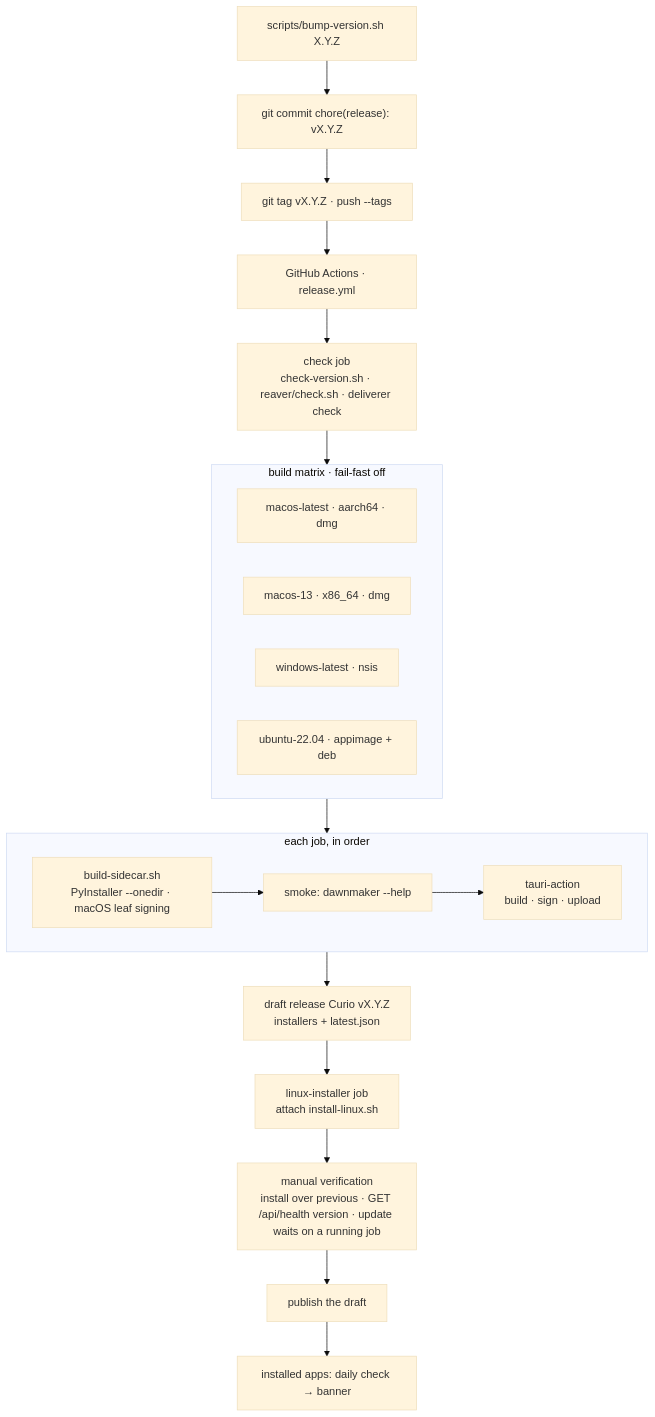
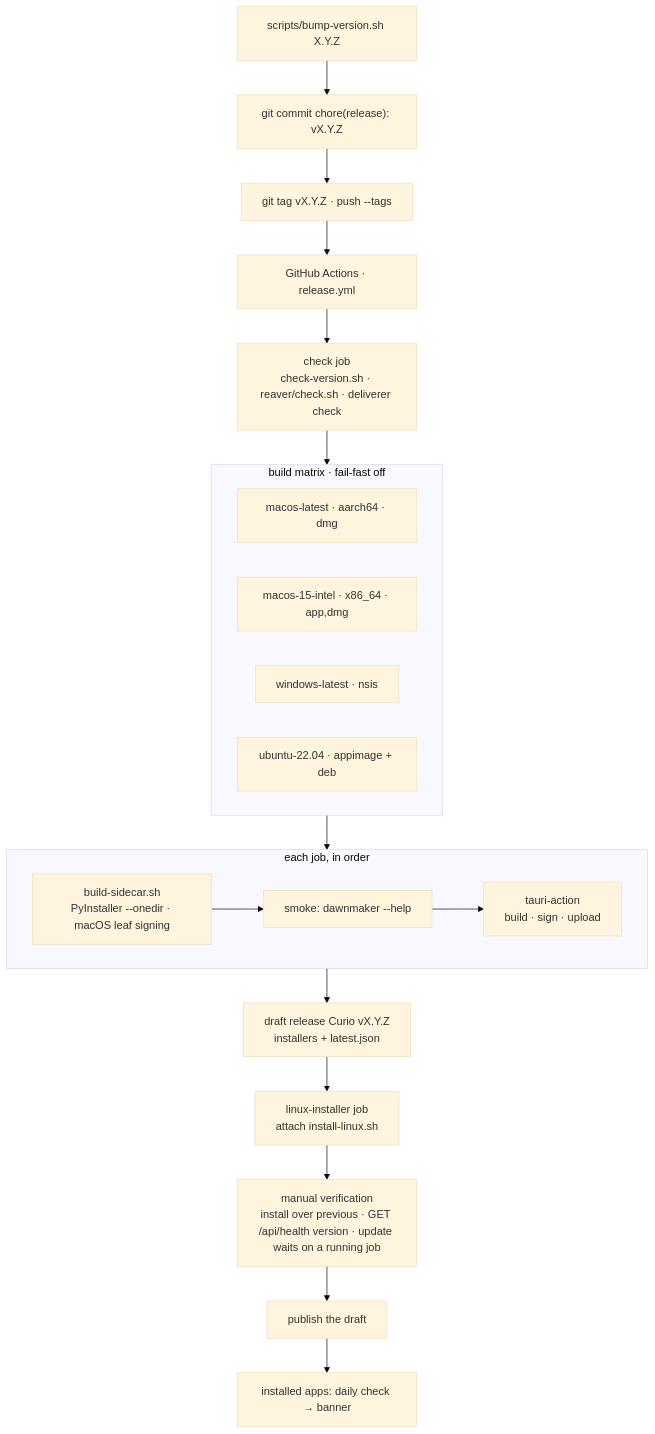
Before and after one commit to luissebastian953/flame-chaser: the ninth of 15 diagrams in docs/flows.md, drawn with Mermaid (base theme). The commit also changed 3 other files, not shown here.

Commit message:
docs: release matrix names macos-15-intel and the app bundle target

````diff
--- a/docs/flows.md
+++ b/docs/flows.md
@@ -390,23 +390,23 @@
 ```mermaid
 flowchart TD
   bump["scripts/bump-version.sh X.Y.Z"] --> commit["git commit chore(release): vX.Y.Z"]
   commit --> tag["git tag vX.Y.Z · push --tags"]
   tag --> ci["GitHub Actions · release.yml"]
   ci --> check["check job<br/>check-version.sh · reaver/check.sh · deliverer check"]
   check --> m
   subgraph m["build matrix · fail-fast off"]
     mac1["macos-latest · aarch64 · dmg"]
-    mac2["macos-13 · x86_64 · dmg"]
+    mac2["macos-15-intel · x86_64 · app,dmg"]
     win["windows-latest · nsis"]
     lin["ubuntu-22.04 · appimage + deb"]
   end
   m --> steps
   subgraph steps["each job, in order"]
     s1["build-sidecar.sh<br/>PyInstaller --onedir · macOS leaf signing"] --> s2["smoke: dawnmaker --help"] --> s3["tauri-action<br/>build · sign · upload"]
   end
   steps --> draft["draft release Curio vX.Y.Z<br/>installers + latest.json"]
   draft --> inst["linux-installer job<br/>attach install-linux.sh"]
   inst --> verify["manual verification<br/>install over previous · GET /api/health version · update waits on a running job"]
   verify --> publish["publish the draft"]
   publish --> apps["installed apps: daily check → banner"]
 ```
````
